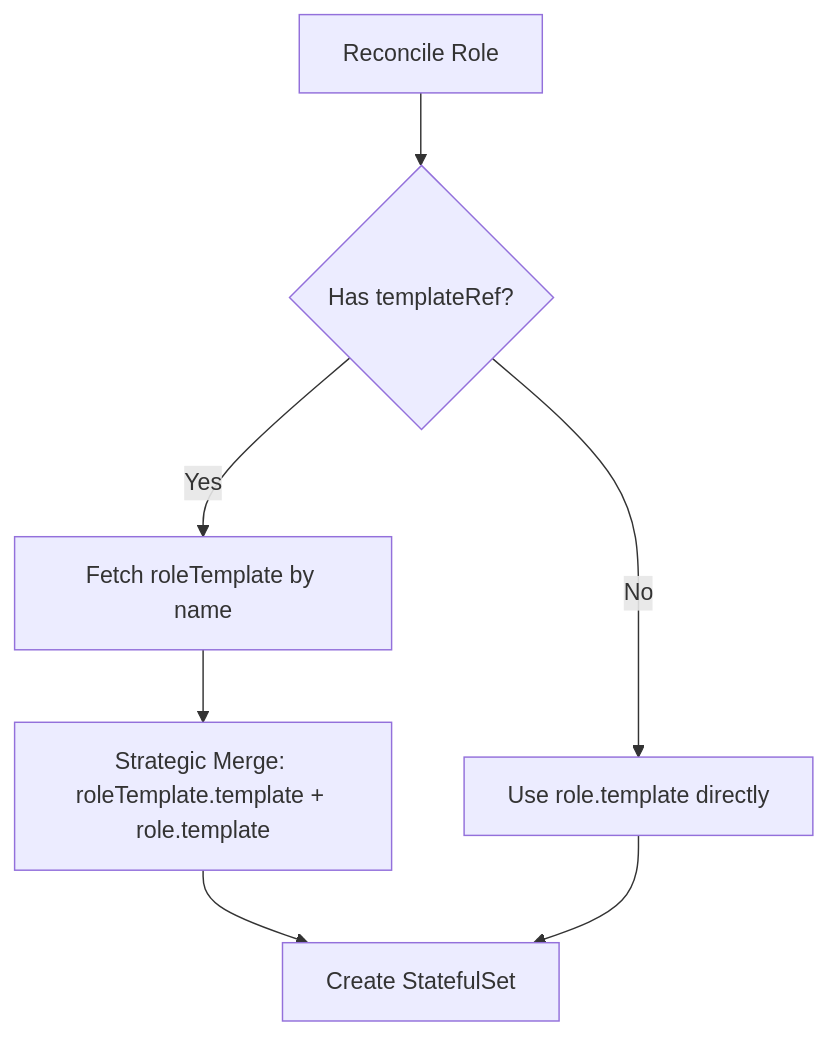
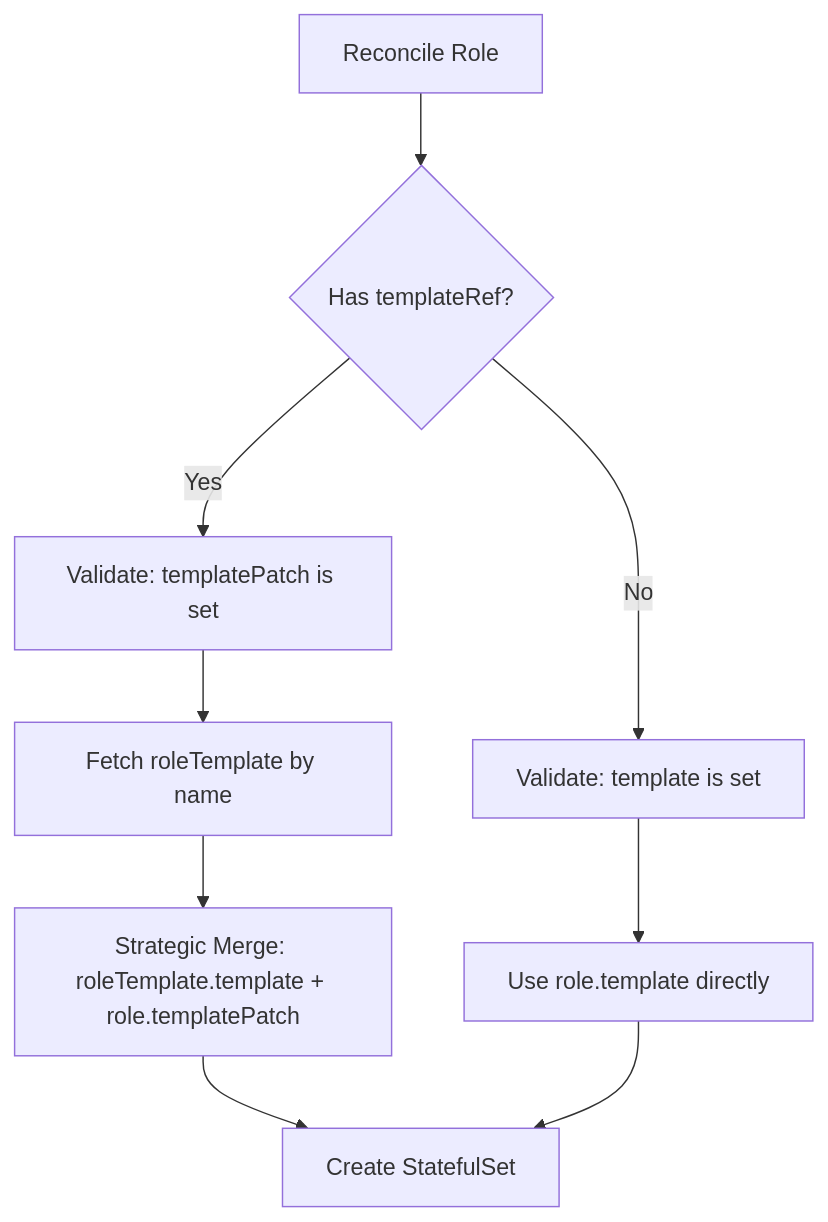
The first of 3 diagrams in keps/8-reduce-yaml-duplication/README.md (sgl-project/rbg), drawn with Mermaid before and after one commit. The commit also changed other lines of this file, not shown here.

````diff
--- a/keps/8-reduce-yaml-duplication/README.md
+++ b/keps/8-reduce-yaml-duplication/README.md
@@ -227,9 +299,11 @@
 ```mermaid
 flowchart TD
     A[Reconcile Role] --> B{Has templateRef?}
-    B -->|Yes| C[Fetch roleTemplate by name]
-    C --> D[Strategic Merge: roleTemplate.template + role.template]
-    D --> E[Create StatefulSet]
-    B -->|No| F[Use role.template directly]
-    F --> E
+    B -->|Yes| C[Validate: templatePatch is set]
+    C --> D[Fetch roleTemplate by name]
+    D --> E[Strategic Merge: roleTemplate.template + role.templatePatch]
+    E --> F[Create StatefulSet]
+    B -->|No| G[Validate: template is set]
+    G --> H[Use role.template directly]
+    H --> F
 ```
````
